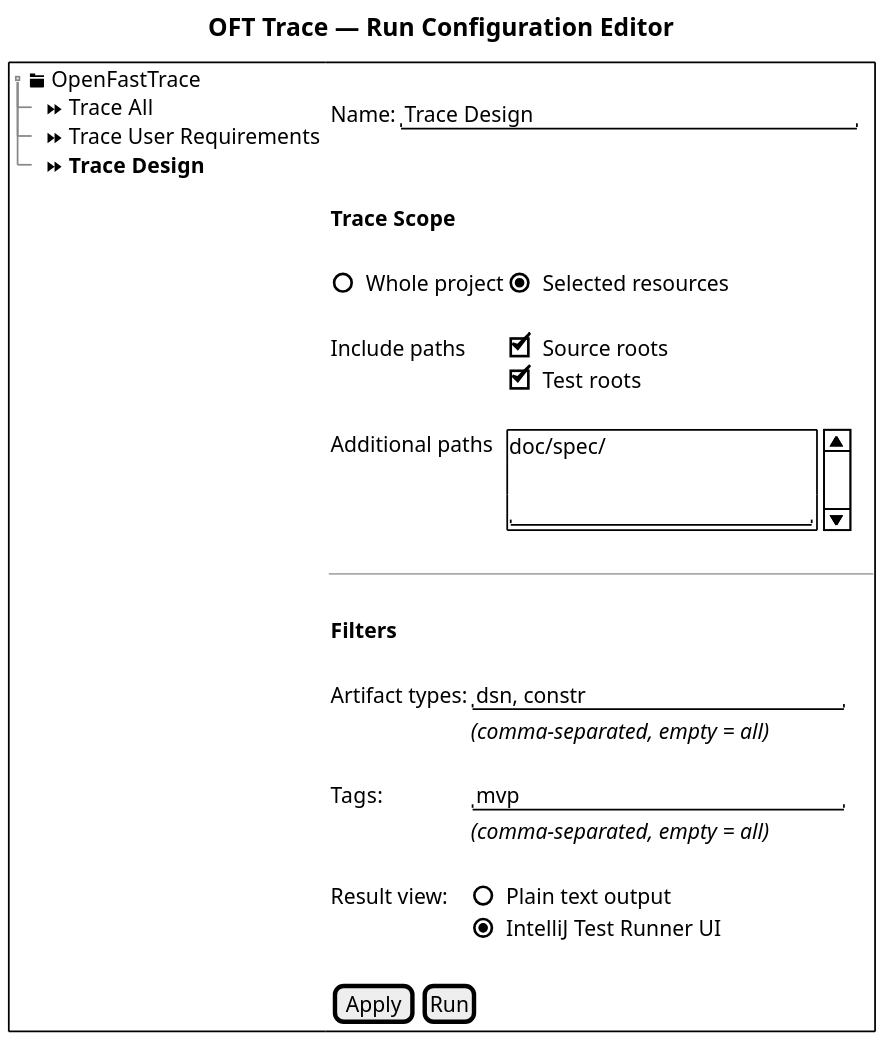
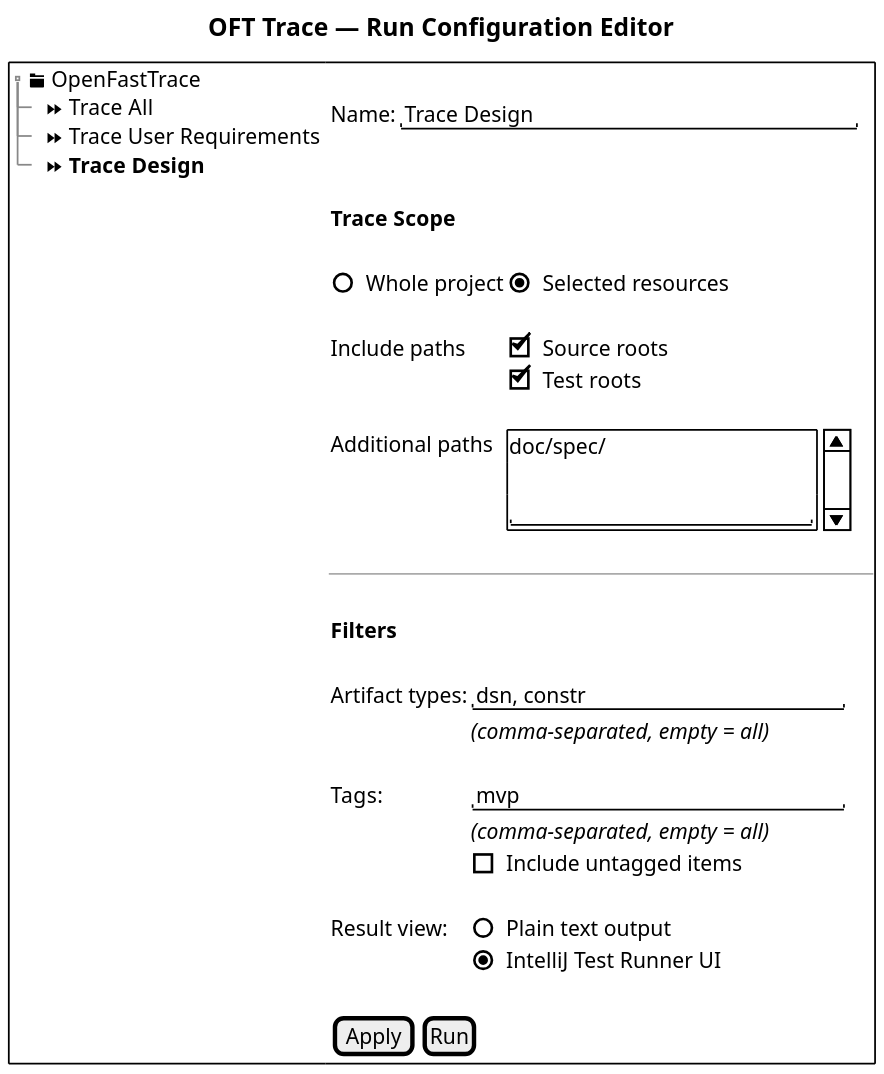
Before and after one commit to itsallcode/openfasttrace-intellij-plugin: the seventh of 7 diagrams in doc/design/building_block_view.md, drawn with PlantUML. The commit also changed other lines of this file and 32 other files, not shown here.

````diff
--- a/doc/design/building_block_view.md
+++ b/doc/design/building_block_view.md
@@ -328,57 +415,58 @@
 ```plantuml
 @startsalt
 title OFT Trace — Run Configuration Editor
 scale 2
 {+
   {T
     + <&folder> OpenFastTrace
     ++ <&media-skip-forward> Trace All
     ++ <&media-skip-forward> Trace User Requirements
     ++ <&media-skip-forward> <b>Trace Design
   } |
   {
     {
         .
         Name: | "Trace Design                    "
         .
     }
     {
         .
         <b>Trace Scope
         .
         ()  Whole project         |  (X) Selected resources
         .                         | .
         Include paths             | [X] Source roots
         .                         | [X] Test roots
         .                         | .
         Additional paths          | {SI
                                      doc/spec/
 
                                      .
                                      "                     "
                                     }
         .
       }
       ---
       {
         .
         <b>Filters      | .
         .               | .
         Artifact types: | "dsn, constr               "
         .               | <i>(comma-separated, empty = all)
         .               | .
         Tags:           | "mvp                       "
         .               | <i>(comma-separated, empty = all)
+        .               |  [ ] Include untagged items
         .               | .
         Result view:    | ()  Plain text output
         .               | (X) IntelliJ Test Runner UI
         .               | .
     }
 
     {
       [Apply] | [Run]
     }
   }
 }
 @endsalt
 ```
````
